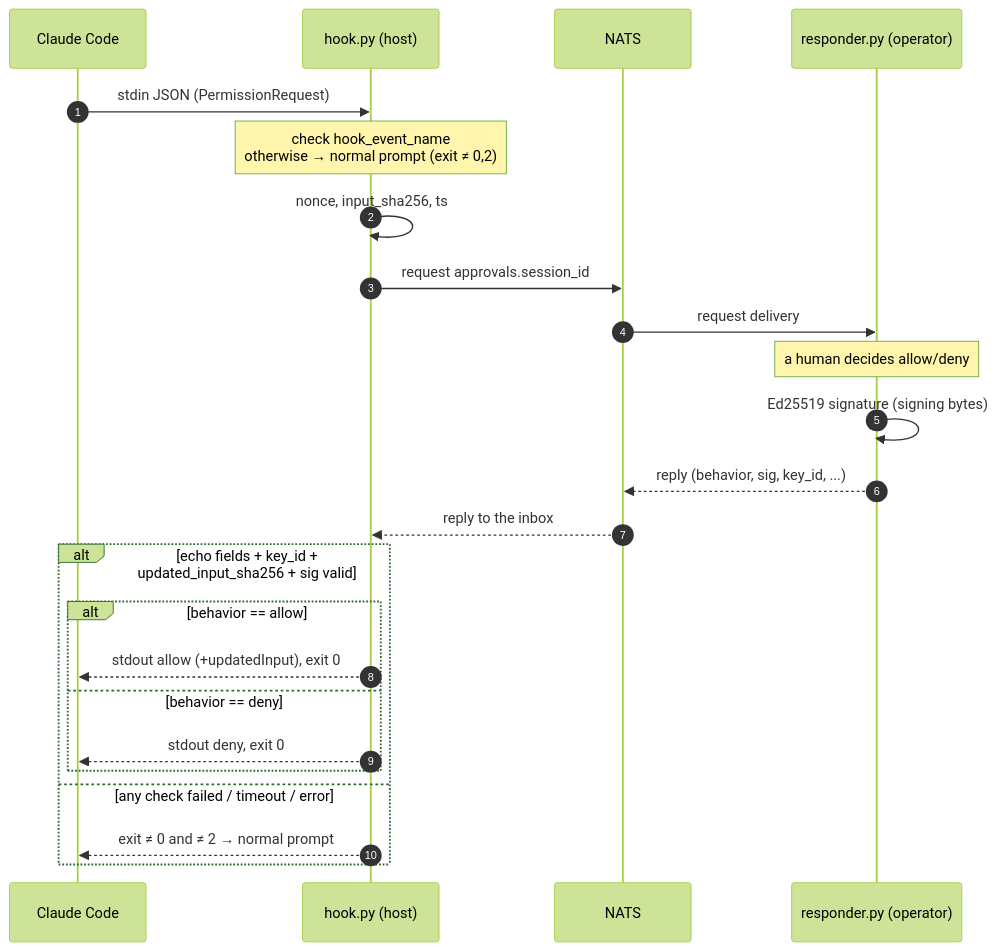
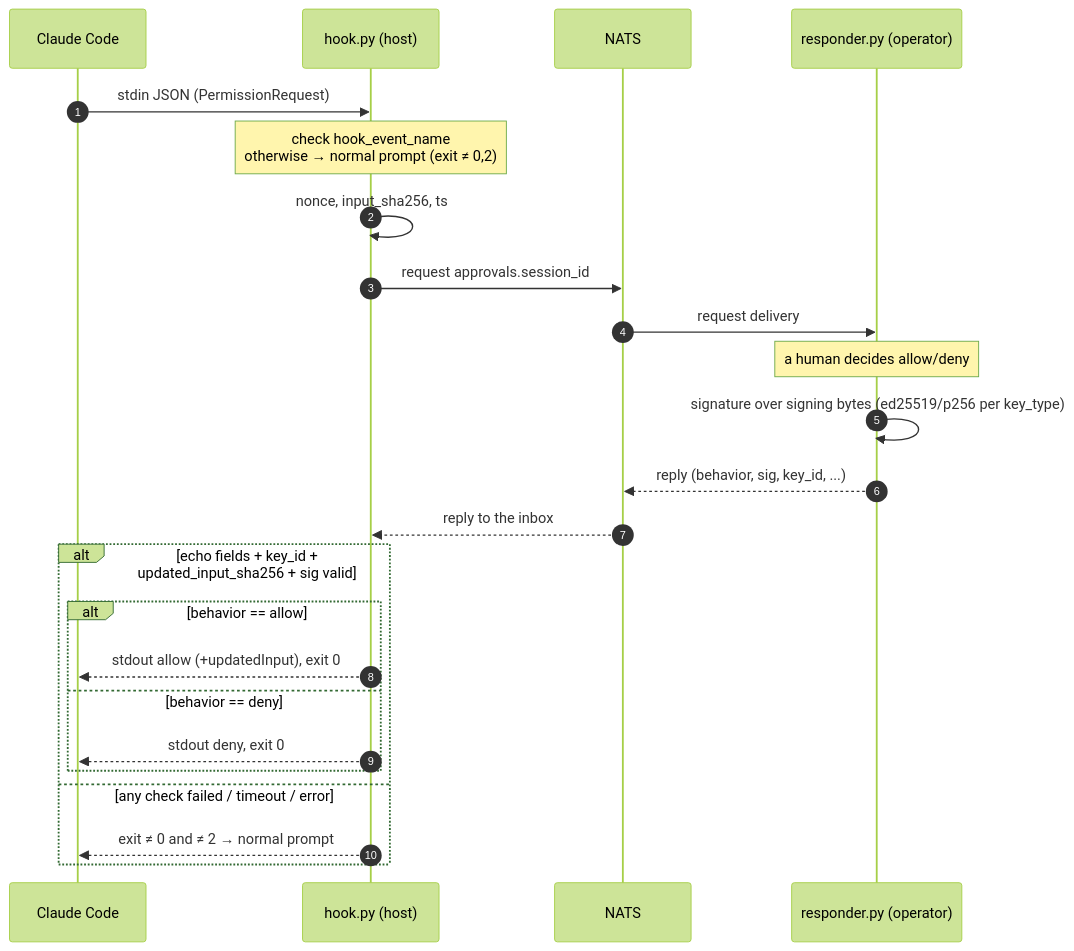
One commit to merlokk/ai-remote changed the second of 2 diagrams in CLAUDE.md. Above: the diagram before and after it, drawn with Mermaid (forest theme). The commit also changed other lines of this file and 11 other files, not shown here.

````diff
--- a/CLAUDE.md
+++ b/CLAUDE.md
@@ -161,28 +169,28 @@
 ```mermaid
 sequenceDiagram
     autonumber
     participant CC as Claude Code
     participant H as hook.py (host)
     participant N as NATS
     participant R as responder.py (operator)
 
     CC->>H: stdin JSON (PermissionRequest)
     Note over H: check hook_event_name<br/>otherwise → normal prompt (exit ≠ 0,2)
     H->>H: nonce, input_sha256, ts
     H->>N: request approvals.session_id
     N->>R: request delivery
     Note over R: a human decides allow/deny
-    R->>R: Ed25519 signature (signing bytes)
+    R->>R: signature over signing bytes (ed25519/p256 per key_type)
     R-->>N: reply (behavior, sig, key_id, ...)
     N-->>H: reply to the inbox
 
     alt echo fields + key_id + updated_input_sha256 + sig valid
         alt behavior == allow
             H-->>CC: stdout allow (+updatedInput), exit 0
         else behavior == deny
             H-->>CC: stdout deny, exit 0
         end
     else any check failed / timeout / error
         H-->>CC: exit ≠ 0 and ≠ 2 → normal prompt
     end
 ```
````
